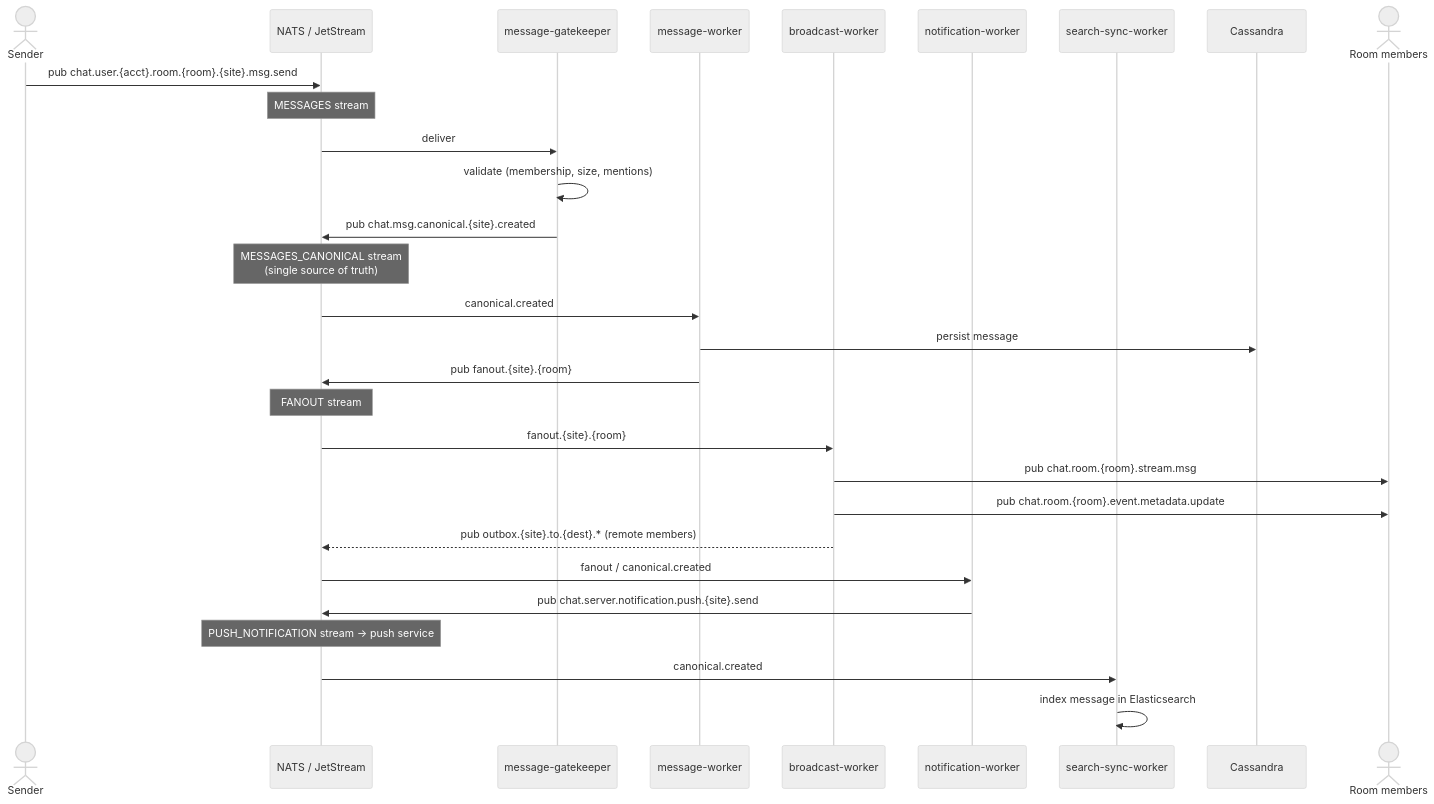
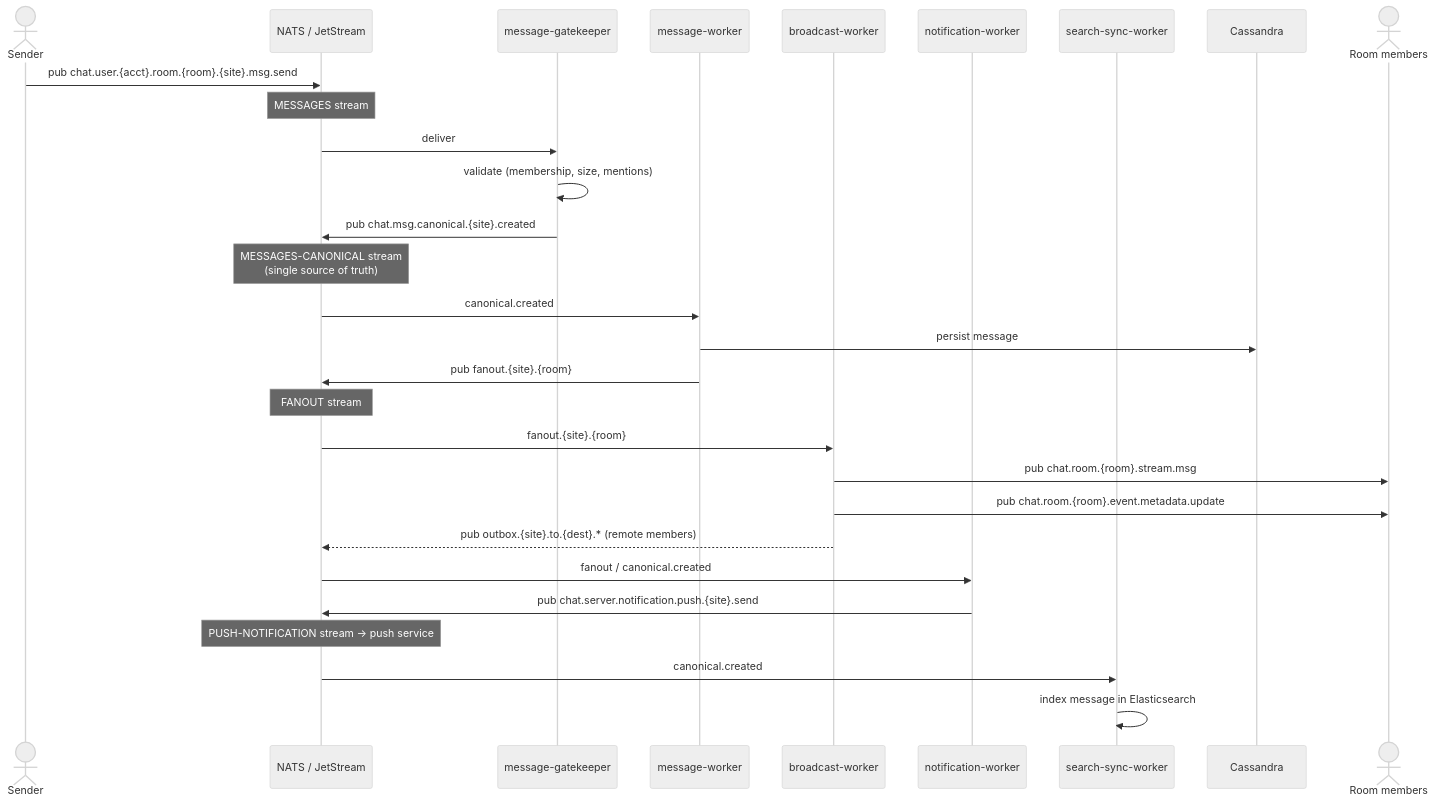
Before and after one commit to hmchangw/newchat: the third of 5 diagrams in docs/architecture.md, drawn with Mermaid (neutral theme). The commit also changed other lines of this file and 95 other files, not shown here.

````diff
--- a/docs/architecture.md
+++ b/docs/architecture.md
@@ -152,36 +152,36 @@
 ```mermaid
 sequenceDiagram
     actor Sender
     participant NATS as NATS / JetStream
     participant GK as message-gatekeeper
     participant MW as message-worker
     participant BW as broadcast-worker
     participant NW as notification-worker
     participant SS as search-sync-worker
     participant Cass as Cassandra
     actor Members as Room members
 
     Sender->>NATS: pub chat.user.{acct}.room.{room}.{site}.msg.send
     Note over NATS: MESSAGES stream
     NATS->>GK: deliver
     GK->>GK: validate (membership, size, mentions)
     GK->>NATS: pub chat.msg.canonical.{site}.created
-    Note over NATS: MESSAGES_CANONICAL stream<br/>(single source of truth)
+    Note over NATS: MESSAGES-CANONICAL stream<br/>(single source of truth)
 
     NATS->>MW: canonical.created
     MW->>Cass: persist message
     MW->>NATS: pub fanout.{site}.{room}
     Note over NATS: FANOUT stream
 
     NATS->>BW: fanout.{site}.{room}
     BW->>Members: pub chat.room.{room}.stream.msg
     BW->>Members: pub chat.room.{room}.event.metadata.update
     BW-->>NATS: pub outbox.{site}.to.{dest}.* (remote members)
 
     NATS->>NW: fanout / canonical.created
     NW->>NATS: pub chat.server.notification.push.{site}.send
-    Note over NATS: PUSH_NOTIFICATION stream → push service
+    Note over NATS: PUSH-NOTIFICATION stream → push service
 
     NATS->>SS: canonical.created
     SS->>SS: index message in Elasticsearch
 ```
````
